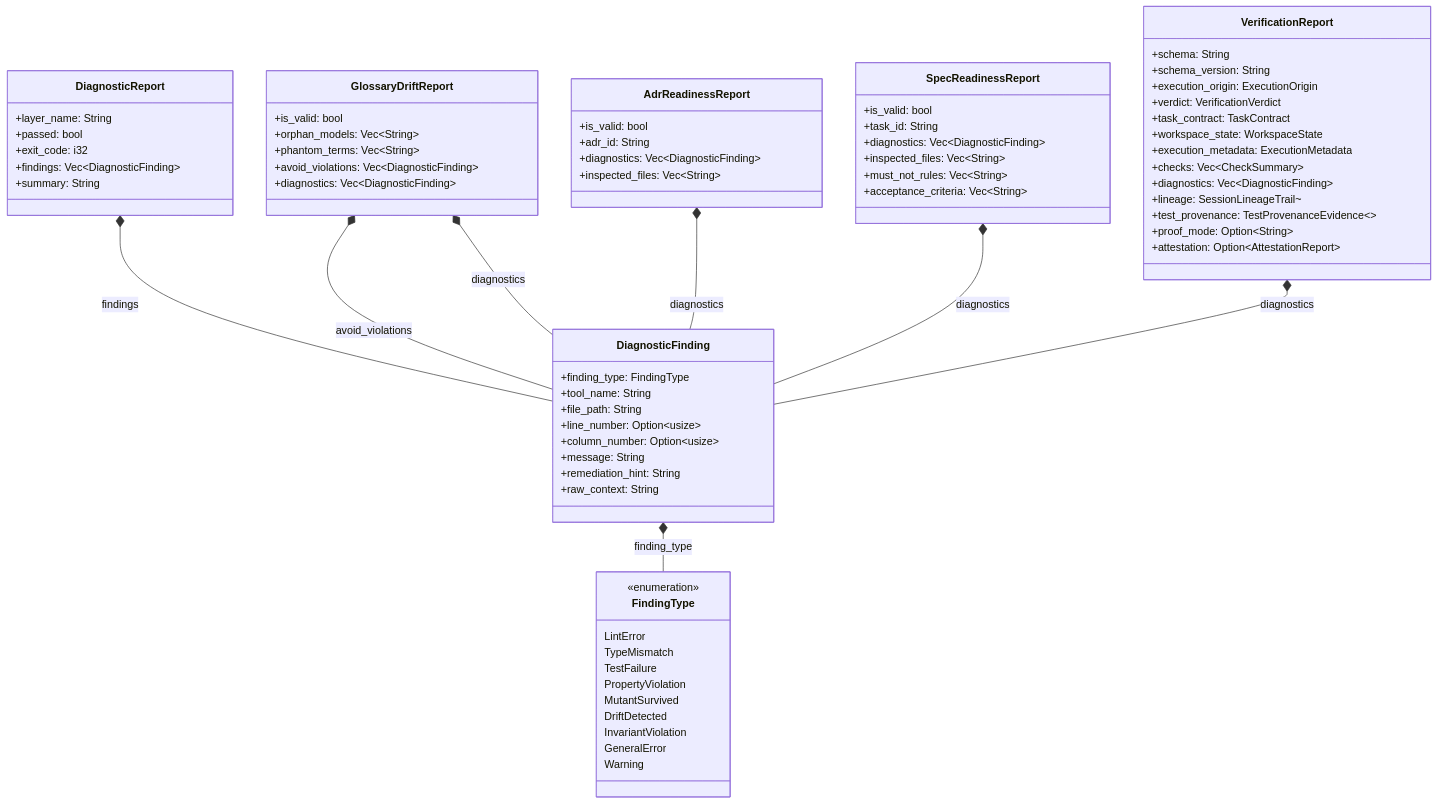
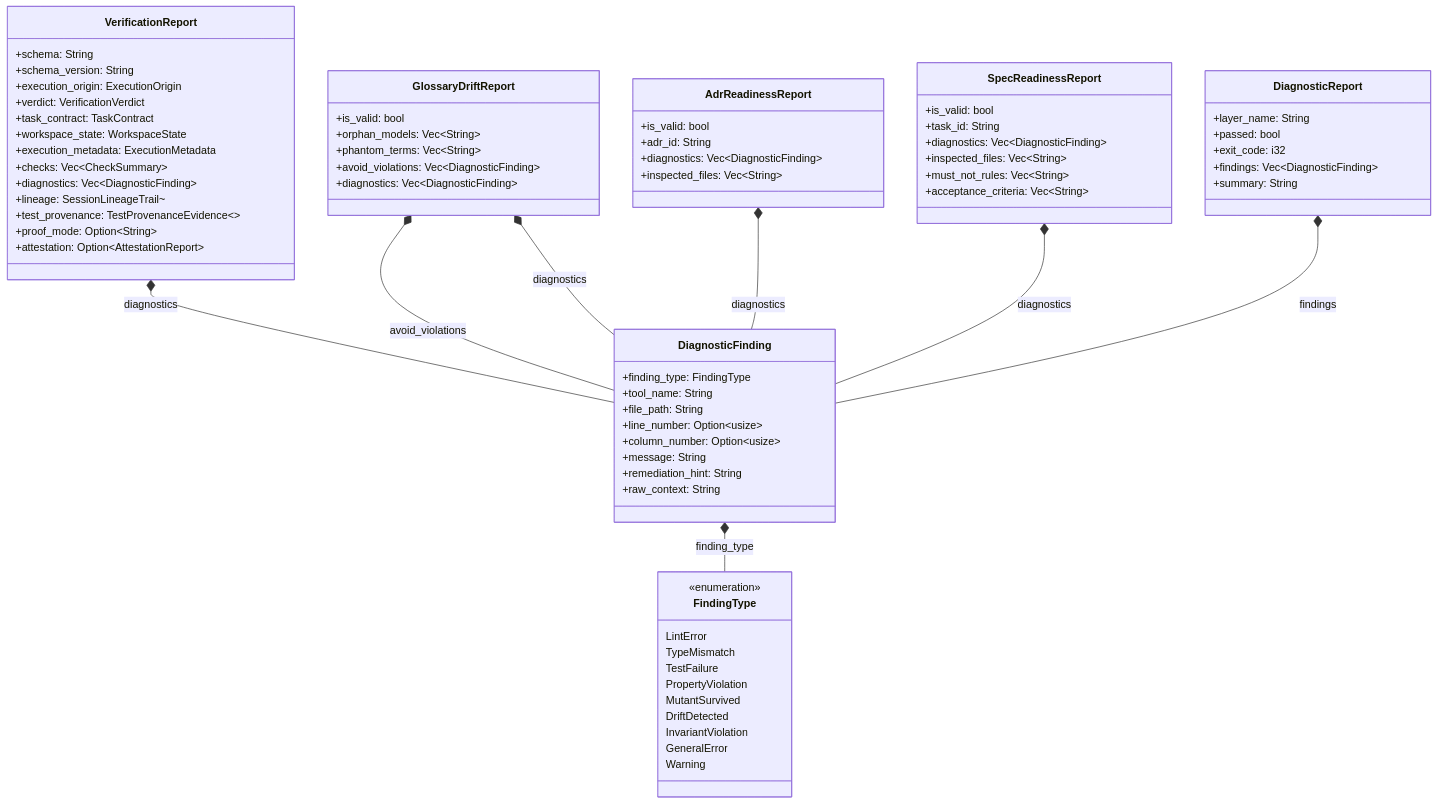
Before and after one commit to rolfmadsen/xgauntlet: the diagram in docs/architecture/diagnostics.md, drawn with Mermaid. The commit also changed other lines of this file and 17 other files, not shown here.

````diff
--- a/docs/architecture/diagnostics.md
+++ b/docs/architecture/diagnostics.md
@@ -84,11 +84,11 @@
         +attestation: Option~AttestationReport~
     }
 
-    DiagnosticReport *-- DiagnosticFinding : findings
+    VerificationReport *-- DiagnosticFinding : diagnostics
     GlossaryDriftReport *-- DiagnosticFinding : avoid_violations
     GlossaryDriftReport *-- DiagnosticFinding : diagnostics
+    DiagnosticFinding *-- FindingType : finding_type
     AdrReadinessReport *-- DiagnosticFinding : diagnostics
-    DiagnosticFinding *-- FindingType : finding_type
     SpecReadinessReport *-- DiagnosticFinding : diagnostics
-    VerificationReport *-- DiagnosticFinding : diagnostics
+    DiagnosticReport *-- DiagnosticFinding : findings
 ```
````
